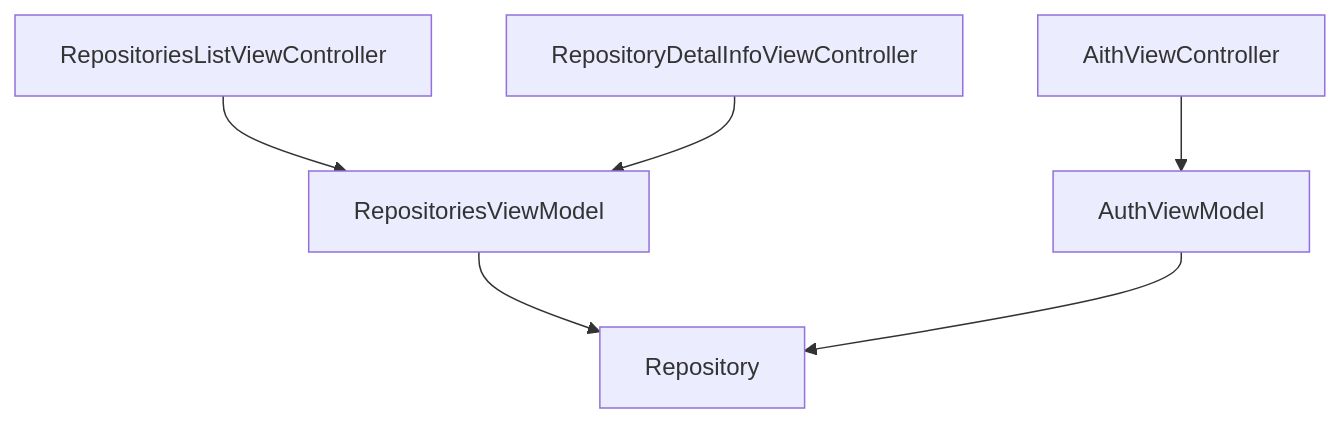
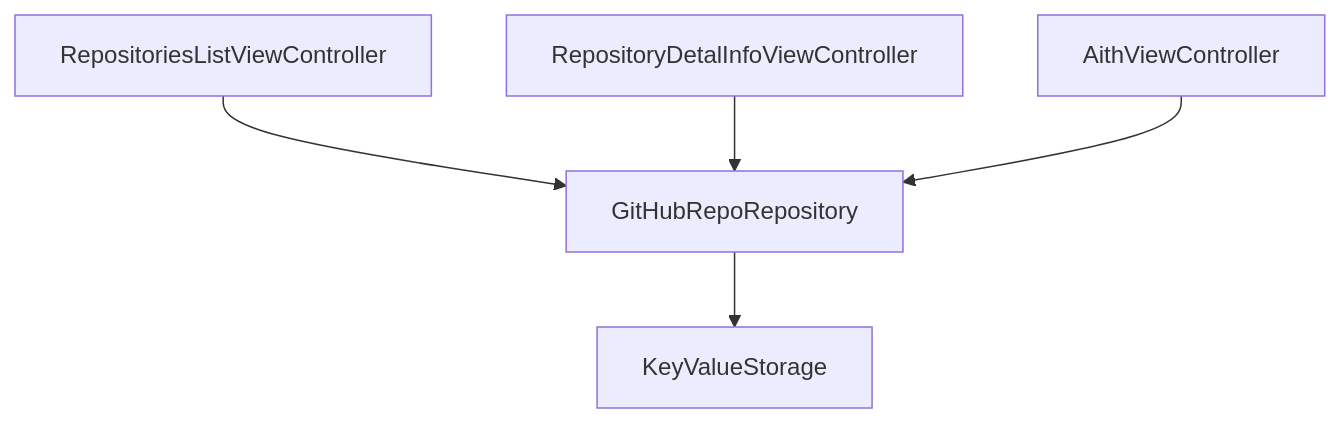
The diagram in university/2-ios-basics/practice.md (icerockdev/kmm.icerock.dev), drawn with Mermaid before and after one commit. The commit also changed 10 other files, not shown here.

````diff
--- a/university/2-ios-basics/practice.md
+++ b/university/2-ios-basics/practice.md
@@ -38,10 +38,8 @@
 ```mermaid
    graph TD
    
-   RepositoriesListViewController --> RepositoriesViewModel
-   RepositoryDetalInfoViewController --> RepositoriesViewModel
-   AithViewController --> AuthViewModel
-   
-   RepositoriesViewModel --> Repository
-   AuthViewModel --> Repository
+   RepositoriesListViewController --> GitHubRepoRepository
+   RepositoryDetalInfoViewController --> GitHubRepoRepository
+   AithViewController --> GitHubRepoRepository
+   GitHubRepoRepository --> KeyValueStorage
 ```
````
